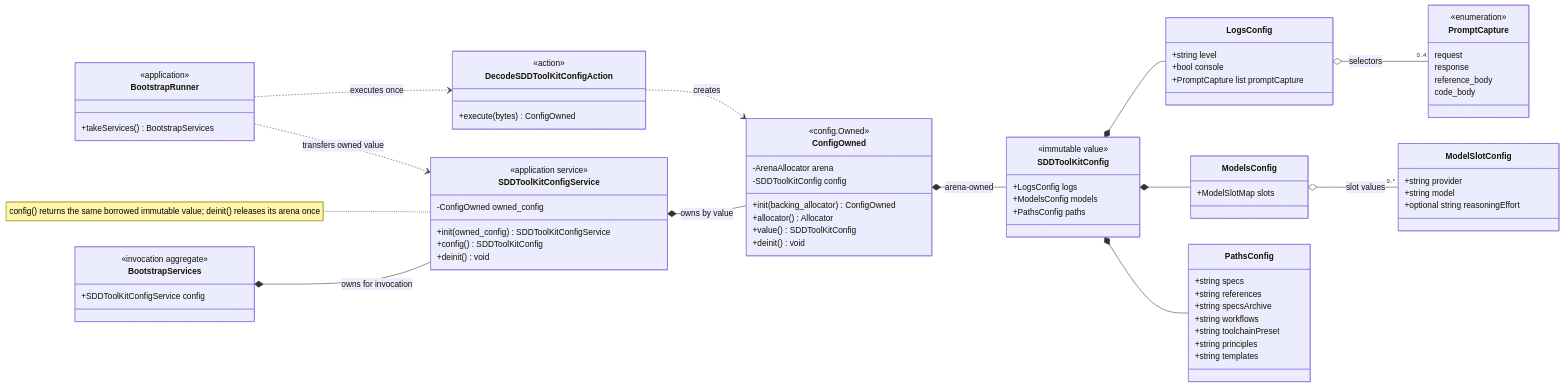
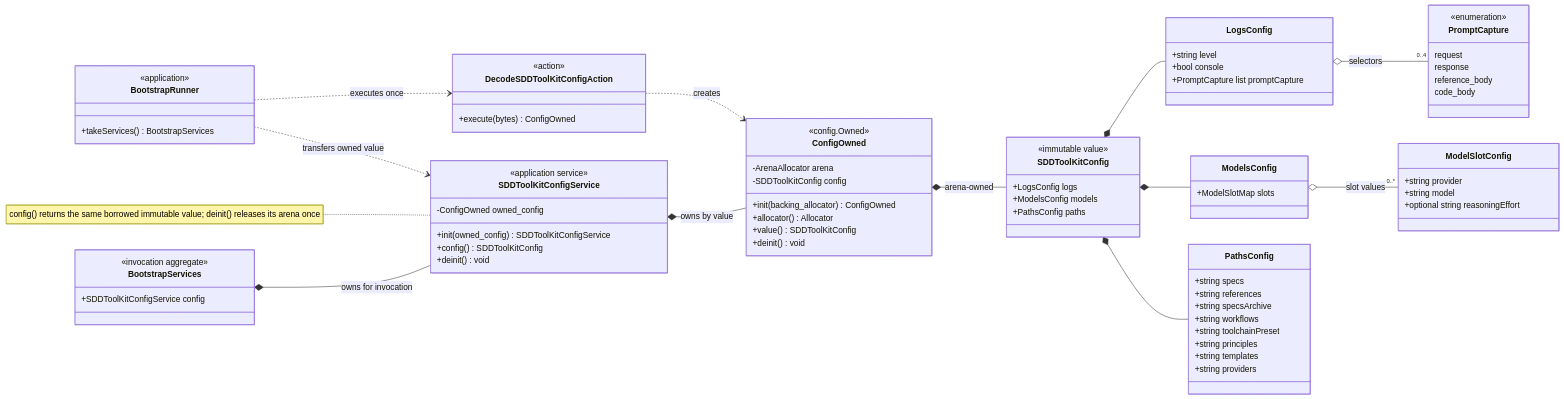
Before and after one commit to littledespot/sdde: the diagram in design/diagrams/12-sddtoolkit-config-service-class.md, drawn with Mermaid. The commit also changed 38 other files, not shown here.

```diff
--- a/design/diagrams/12-sddtoolkit-config-service-class.md
+++ b/design/diagrams/12-sddtoolkit-config-service-class.md
@@ -74,6 +74,7 @@
         +string toolchainPreset
         +string principles
         +string templates
+        +string providers
     }
 
     BootstrapRunner ..> DecodeSDDToolKitConfigAction : executes once
```
